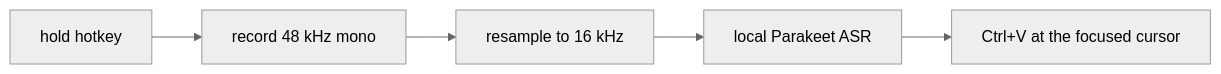
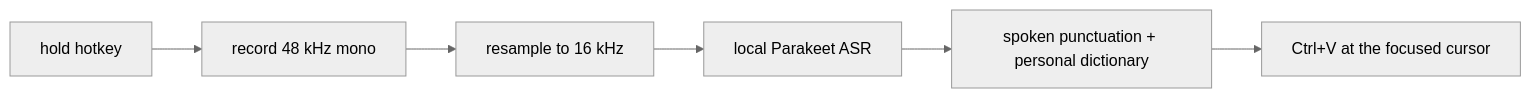
Before and after one commit to craigmcgrain-spec/Parakeet-Cage: the diagram in README.md, drawn with Mermaid (neutral theme). The commit also changed other lines of this file and 16 other files, not shown here.

First line of the commit message:
feat(text): spoken punctuation and a personal dictionary before paste

````diff
--- a/README.md
+++ b/README.md
@@ -10,4 +10,4 @@
 ```mermaid
 flowchart LR
-  K[hold hotkey] --> R[record 48 kHz mono] --> P[resample to 16 kHz] --> A[local Parakeet ASR] --> V[Ctrl+V at the focused cursor]
+  K[hold hotkey] --> R[record 48 kHz mono] --> P[resample to 16 kHz] --> A[local Parakeet ASR] --> T[spoken punctuation + personal dictionary] --> V[Ctrl+V at the focused cursor]
 ```
````
